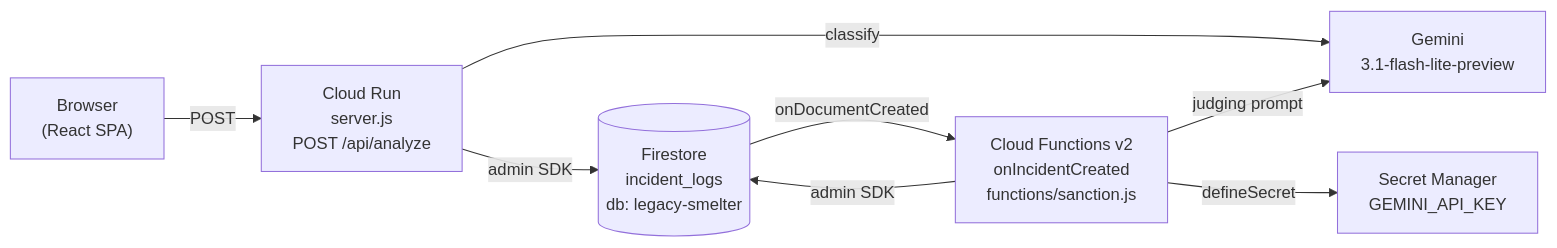
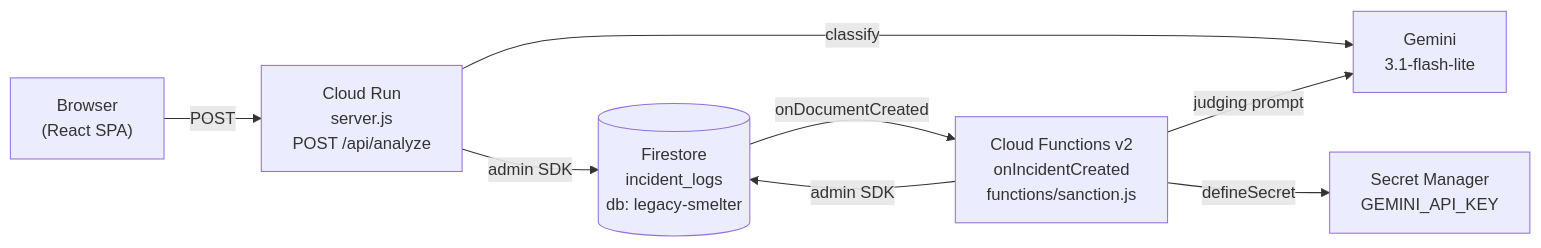
One commit to anchildress1/legacy-smelter changed the first of 3 diagrams in docs/sanction-system-design.md. Above: the diagram before and after it, drawn with Mermaid. The commit also changed other lines of this file and 8 other files, not shown here.

First line of the commit message:
chore: rename gemini-3.1-flash-lite-preview to gemini-3.1-flash-lite (#34)

````diff
--- a/docs/sanction-system-design.md
+++ b/docs/sanction-system-design.md
@@ -9,17 +9,17 @@
 ```mermaid
 flowchart LR
     Browser["Browser<br/>(React SPA)"]
     CloudRun["Cloud Run<br/>server.js<br/>POST /api/analyze"]
     Firestore[("Firestore<br/>incident_logs<br/>db: legacy-smelter")]
     Functions["Cloud Functions v2<br/>onIncidentCreated<br/>functions/sanction.js"]
-    Gemini["Gemini<br/>3.1-flash-lite-preview"]
+    Gemini["Gemini<br/>3.1-flash-lite"]
     Secrets["Secret Manager<br/>GEMINI_API_KEY"]
 
     Browser -- "POST" --> CloudRun
     CloudRun -- "classify" --> Gemini
     CloudRun -- "admin SDK" --> Firestore
     Firestore -- "onDocumentCreated" --> Functions
     Functions -- "judging prompt" --> Gemini
     Functions -- "defineSecret" --> Secrets
     Functions -- "admin SDK" --> Firestore
 ```
````
